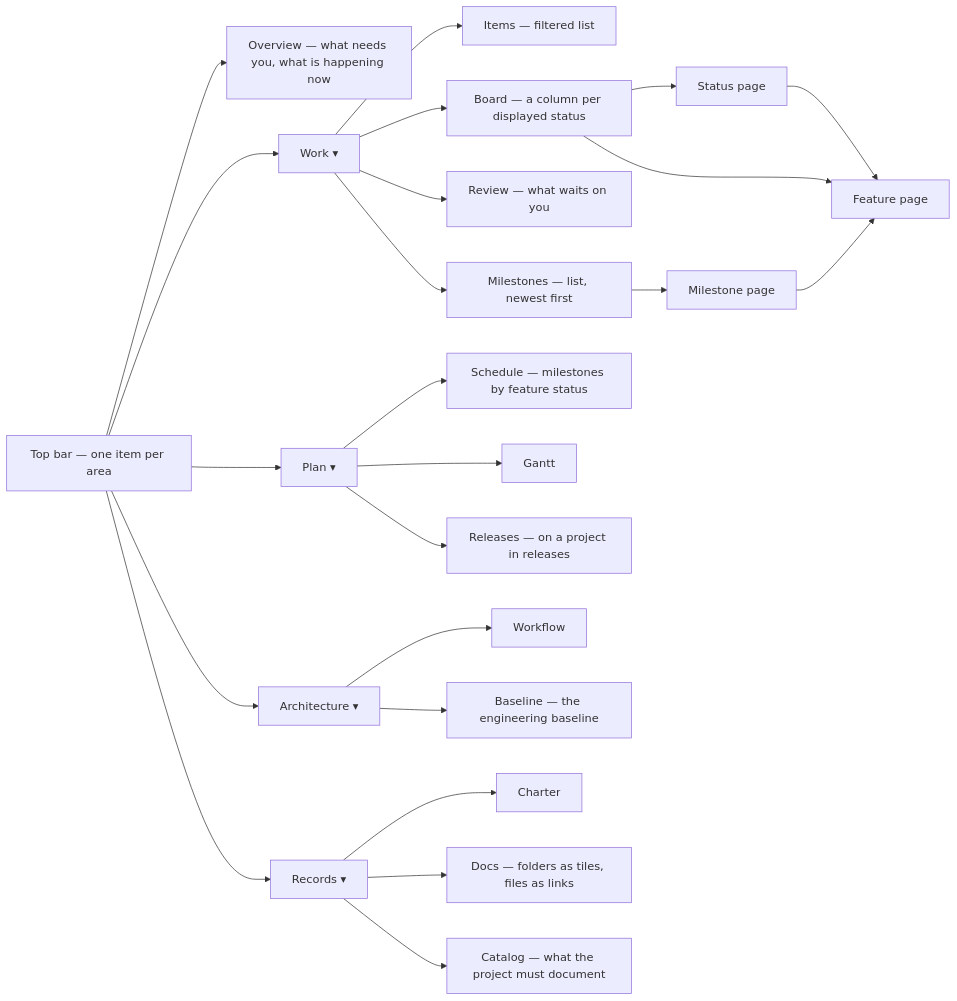
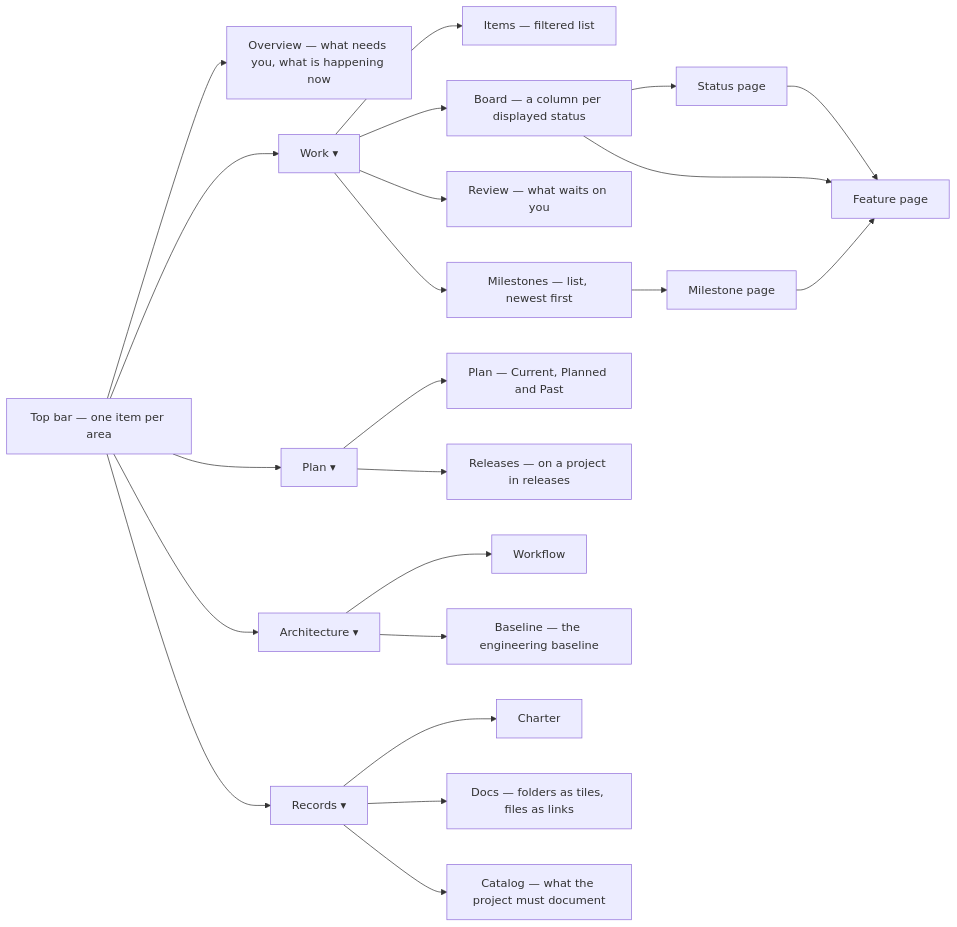
Before and after one commit to startr-trade/kanbanr: the diagram in docs/guide/using/the-monitor.md, drawn with Mermaid. The commit also changed other lines of this file and 3 other files, not shown here.

First line of the commit message:
docs: the Plan page replaces the Gantt and Schedule in the monitor guide, its tabs, rows and URL; the Plan area's nav diagram; the Releases images' Gantt references dropped; the changelog's Changed line (FTR-043 T9)

````diff
--- a/docs/guide/using/the-monitor.md
+++ b/docs/guide/using/the-monitor.md
@@ -280,43 +280,41 @@
 ```mermaid
 flowchart LR
   Bar["Top bar — one item per area"]
   Work["Work ▾"]
   Plan["Plan ▾"]
   Arch["Architecture ▾"]
   Rec["Records ▾"]
   Board["Board — a column per displayed status"]
   Review["Review — what waits on you"]
   Ms["Milestones — list, newest first"]
-  Sched["Schedule — milestones by feature status"]
-  Gantt["Gantt"]
+  PlanPage["Plan — Current, Planned and Past"]
   Rel["Releases — on a project in releases"]
   Wf["Workflow"]
   Base["Baseline — the engineering baseline"]
   Charter["Charter"]
   Docs["Docs — folders as tiles, files as links"]
   Cat["Catalog — what the project must document"]
   Status["Status page"]
   Feature["Feature page"]
   MsOne["Milestone page"]
   Over["Overview — what needs you, what is happening now"]
   Bar --> Over
   Bar --> Work
   Work --> Items["Items — filtered list"]
   Bar --> Plan
   Bar --> Arch
   Bar --> Rec
   Work --> Board
   Work --> Review
   Work --> Ms
-  Plan --> Sched
-  Plan --> Gantt
+  Plan --> PlanPage
   Plan --> Rel
   Arch --> Wf
   Arch --> Base
   Rec --> Charter
   Rec --> Docs
   Rec --> Cat
   Board --> Status --> Feature
   Board --> Feature
   Ms --> MsOne --> Feature
 ```
````
